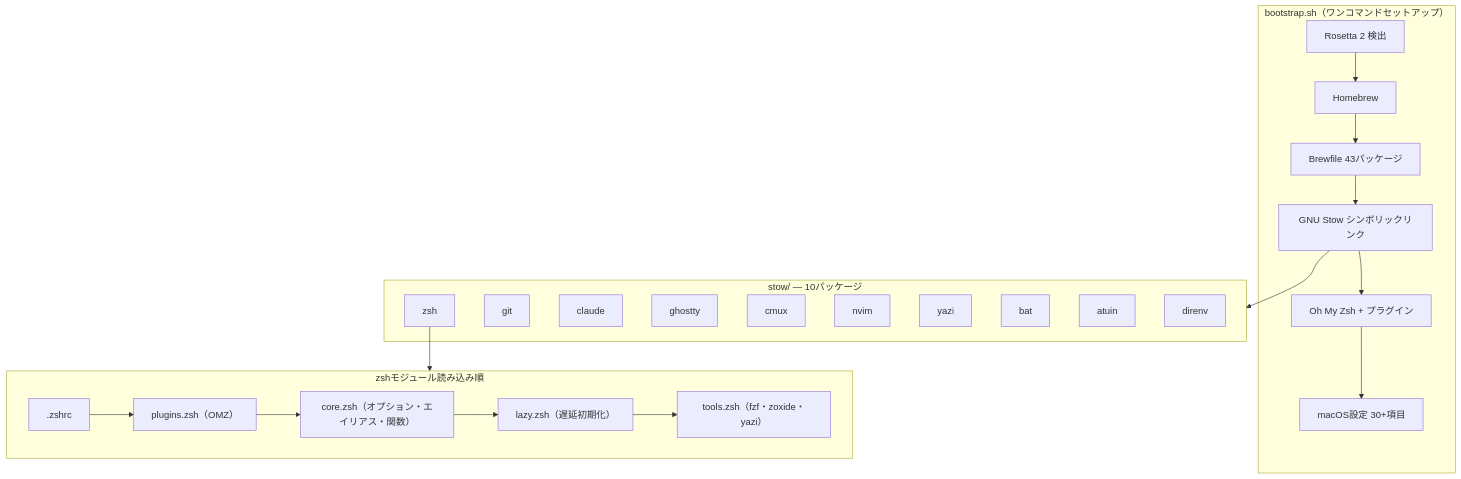
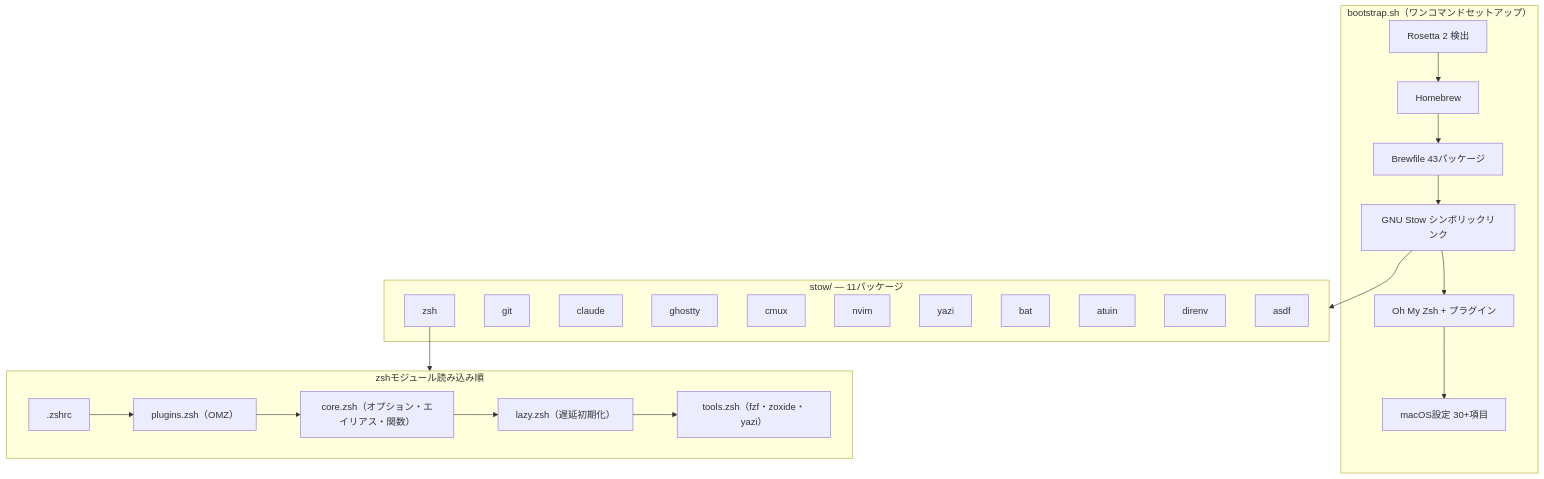
The diagram in README.md (otake-shol/dotfiles), drawn with Mermaid before and after one commit. The commit also changed other lines of this file and 3 other files, not shown here.

````diff
--- a/README.md
+++ b/README.md
@@ -44,33 +45,34 @@
 ```mermaid
 graph TB
     subgraph bootstrap["bootstrap.sh（ワンコマンドセットアップ）"]
         B1[Rosetta 2 検出] --> B2[Homebrew]
         B2 --> B3[Brewfile 43パッケージ]
         B3 --> B4[GNU Stow シンボリックリンク]
         B4 --> B5[Oh My Zsh + プラグイン]
         B5 --> B6[macOS設定 30+項目]
     end
 
-    subgraph stow["stow/ — 10パッケージ"]
+    subgraph stow["stow/ — 11パッケージ"]
         S1[zsh]
         S2[git]
         S3[claude]
         S4[ghostty]
         S5[cmux]
         S6[nvim]
         S7[yazi]
         S8[bat]
         S9[atuin]
         S10[direnv]
+        S11[asdf]
     end
 
     subgraph shell["zshモジュール読み込み順"]
         Z1[".zshrc"] --> Z2["plugins.zsh（OMZ）"]
         Z2 --> Z3["core.zsh（オプション・エイリアス・関数）"]
         Z3 --> Z4["lazy.zsh（遅延初期化）"]
         Z4 --> Z5["tools.zsh（fzf・zoxide・yazi）"]
     end
 
     B4 --> stow
     S1 --> shell
 ```
````
